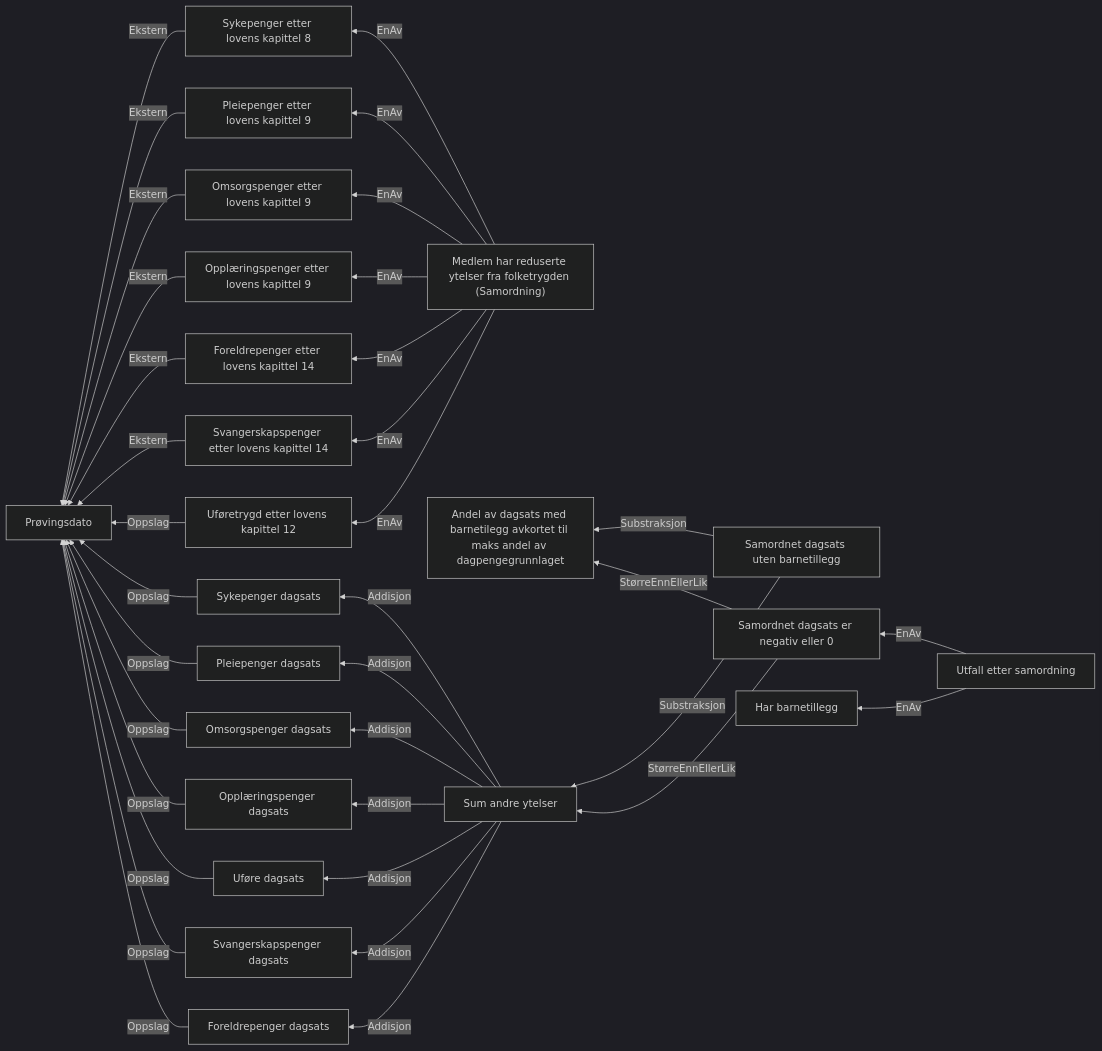
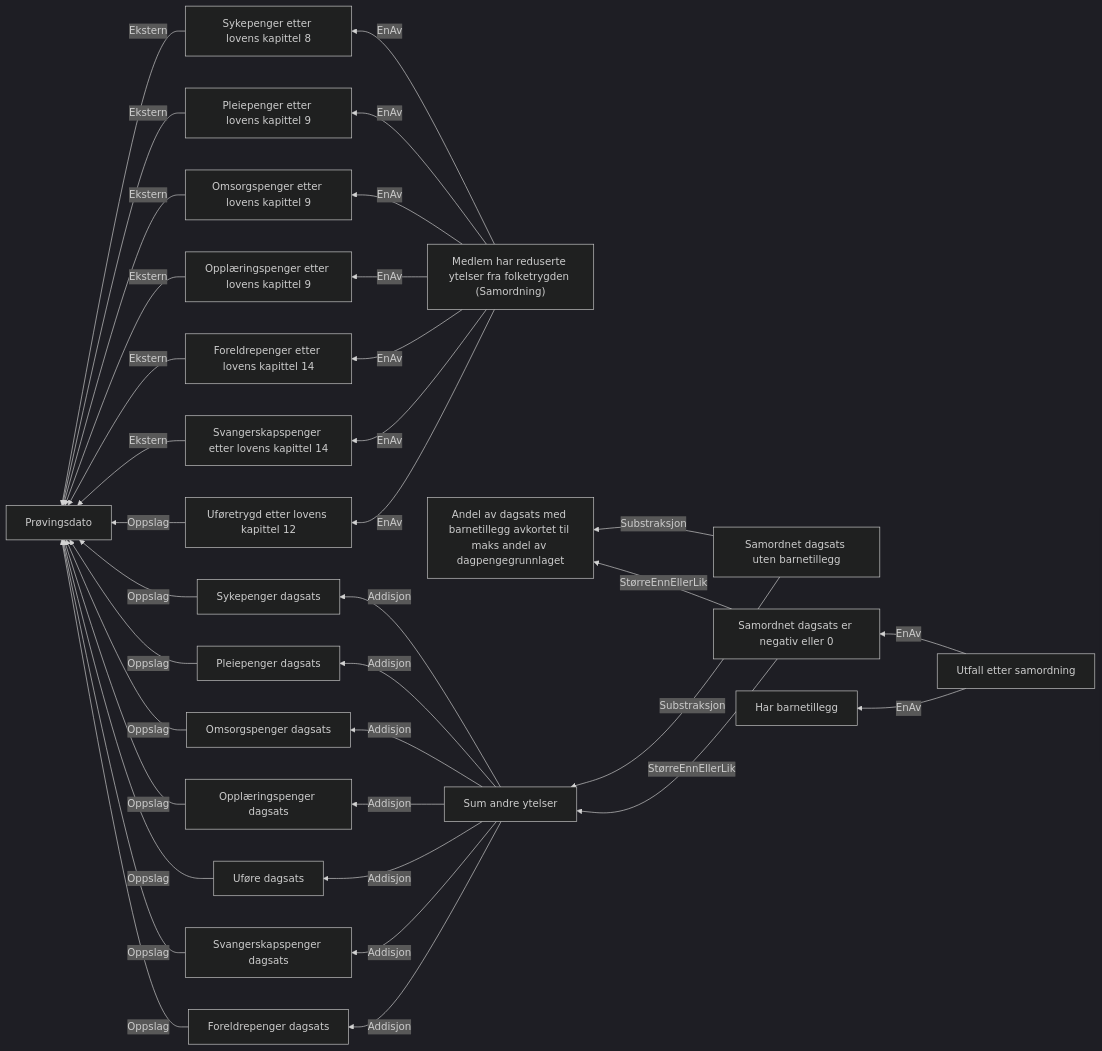
Before and after one commit to navikt/dp-vedtak: the diagram in docs/regler/§ 4-25.Samordning med reduserte ytelser fra folketrygden, eller redusert avtalefestet pensjon.approved.md, drawn with Mermaid (dark theme). The commit also changed 6 other files, not shown here.

````diff
--- a/docs/regler/§ 4-25.Samordning med reduserte ytelser fra folketrygden, eller redusert avtalefestet pensjon.approved.md
+++ b/docs/regler/§ 4-25.Samordning med reduserte ytelser fra folketrygden, eller redusert avtalefestet pensjon.approved.md
@@ -5,37 +5,37 @@
 ```mermaid
 graph RL
   A["Sykepenger etter lovens kapittel 8"] -->|"Ekstern"| B["Prøvingsdato"]
   C["Pleiepenger etter lovens kapittel 9"] -->|"Ekstern"| B["Prøvingsdato"]
   D["Omsorgspenger etter lovens kapittel 9"] -->|"Ekstern"| B["Prøvingsdato"]
   E["Opplæringspenger etter lovens kapittel 9"] -->|"Ekstern"| B["Prøvingsdato"]
   F["Foreldrepenger etter lovens kapittel 14"] -->|"Ekstern"| B["Prøvingsdato"]
   G["Svangerskapspenger etter lovens kapittel 14"] -->|"Ekstern"| B["Prøvingsdato"]
   H["Uføretrygd etter lovens kapittel 12"] -->|"Oppslag"| B["Prøvingsdato"]
   I["Sykepenger dagsats"] -->|"Oppslag"| B["Prøvingsdato"]
   J["Pleiepenger dagsats"] -->|"Oppslag"| B["Prøvingsdato"]
   K["Omsorgspenger dagsats"] -->|"Oppslag"| B["Prøvingsdato"]
   L["Opplæringspenger dagsats"] -->|"Oppslag"| B["Prøvingsdato"]
   M["Uføre dagsats"] -->|"Oppslag"| B["Prøvingsdato"]
   N["Svangerskapspenger dagsats"] -->|"Oppslag"| B["Prøvingsdato"]
   O["Foreldrepenger dagsats"] -->|"Oppslag"| B["Prøvingsdato"]
   P["Sum andre ytelser"] -->|"Addisjon"| I["Sykepenger dagsats"]
   P["Sum andre ytelser"] -->|"Addisjon"| J["Pleiepenger dagsats"]
   P["Sum andre ytelser"] -->|"Addisjon"| K["Omsorgspenger dagsats"]
   P["Sum andre ytelser"] -->|"Addisjon"| L["Opplæringspenger dagsats"]
   P["Sum andre ytelser"] -->|"Addisjon"| M["Uføre dagsats"]
   P["Sum andre ytelser"] -->|"Addisjon"| O["Foreldrepenger dagsats"]
   P["Sum andre ytelser"] -->|"Addisjon"| N["Svangerskapspenger dagsats"]
-  Q["Samordnet dagsats uten barnetillegg"] -->|"Substraksjon"| R["Andel av dagsats med barnetilegg avkortet til maks andel av dagpengegrunnlaget"]
+  Q["Samordnet dagsats uten barnetillegg"] -->|"Substraksjon"| R["Andel av dagsats med barnetillegg avkortet til maks andel av dagpengegrunnlaget"]
   Q["Samordnet dagsats uten barnetillegg"] -->|"Substraksjon"| P["Sum andre ytelser"]
-  S["Samordnet dagsats er negativ eller 0"] -->|"StørreEnnEllerLik"| R["Andel av dagsats med barnetilegg avkortet til maks andel av dagpengegrunnlaget"]
+  S["Samordnet dagsats er negativ eller 0"] -->|"StørreEnnEllerLik"| R["Andel av dagsats med barnetillegg avkortet til maks andel av dagpengegrunnlaget"]
   S["Samordnet dagsats er negativ eller 0"] -->|"StørreEnnEllerLik"| P["Sum andre ytelser"]
   T["Utfall etter samordning"] -->|"EnAv"| S["Samordnet dagsats er negativ eller 0"]
   T["Utfall etter samordning"] -->|"EnAv"| U["Har barnetillegg"]
   V["Medlem har reduserte ytelser fra folketrygden (Samordning)"] -->|"EnAv"| A["Sykepenger etter lovens kapittel 8"]
   V["Medlem har reduserte ytelser fra folketrygden (Samordning)"] -->|"EnAv"| C["Pleiepenger etter lovens kapittel 9"]
   V["Medlem har reduserte ytelser fra folketrygden (Samordning)"] -->|"EnAv"| D["Omsorgspenger etter lovens kapittel 9"]
   V["Medlem har reduserte ytelser fra folketrygden (Samordning)"] -->|"EnAv"| E["Opplæringspenger etter lovens kapittel 9"]
   V["Medlem har reduserte ytelser fra folketrygden (Samordning)"] -->|"EnAv"| H["Uføretrygd etter lovens kapittel 12"]
   V["Medlem har reduserte ytelser fra folketrygden (Samordning)"] -->|"EnAv"| F["Foreldrepenger etter lovens kapittel 14"]
   V["Medlem har reduserte ytelser fra folketrygden (Samordning)"] -->|"EnAv"| G["Svangerskapspenger etter lovens kapittel 14"]
 ```
````
